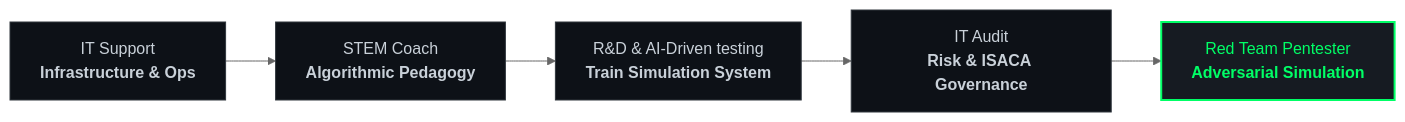
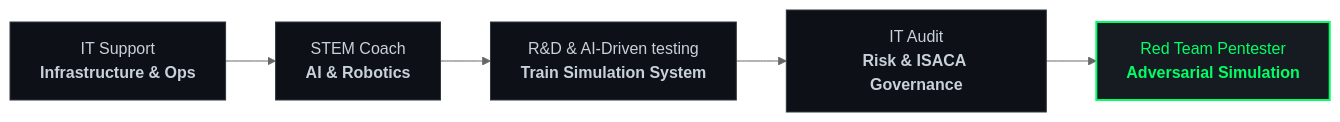
Before and after one commit to Hercules03/Hercules03: the diagram in README.md, drawn with Mermaid (neutral theme).

Commit message:
Update flowchart in README to reflect AI & Robotics

````diff
--- a/README.md
+++ b/README.md
@@ -23,13 +23,13 @@
 ```mermaid
 flowchart LR
-    A["IT Support<br/><b>Infrastructure & Ops</b>"] --> B["STEM Coach<br/><b>Algorithmic Pedagogy</b>"]
+    A["IT Support<br/><b>Infrastructure & Ops</b>"] --> B["STEM Coach<br/><b>AI & Robotics</b>"]
     B --> C["R&D & AI-Driven testing<br/><b>Train Simulation System</b>"]
     C --> D["IT Audit<br/><b>Risk & ISACA Governance</b>"]
     D --> E["Red Team Pentester<br/><b>Adversarial Simulation</b>"]
 
     style A fill:#0d1117,stroke:#30363d,stroke-width:1px,color:#c9d1d9
     style B fill:#0d1117,stroke:#30363d,stroke-width:1px,color:#c9d1d9
     style C fill:#0d1117,stroke:#30363d,stroke-width:1px,color:#c9d1d9
     style D fill:#0d1117,stroke:#30363d,stroke-width:1px,color:#c9d1d9
     style E fill:#161b22,stroke:#00FF66,stroke-width:2px,color:#00FF66
 ```
````
